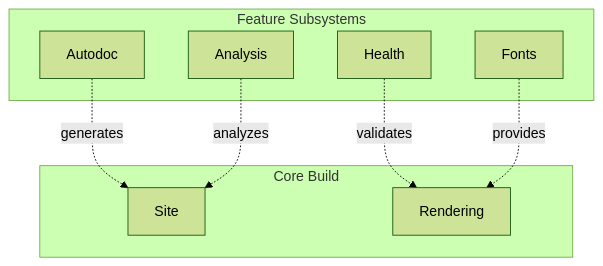
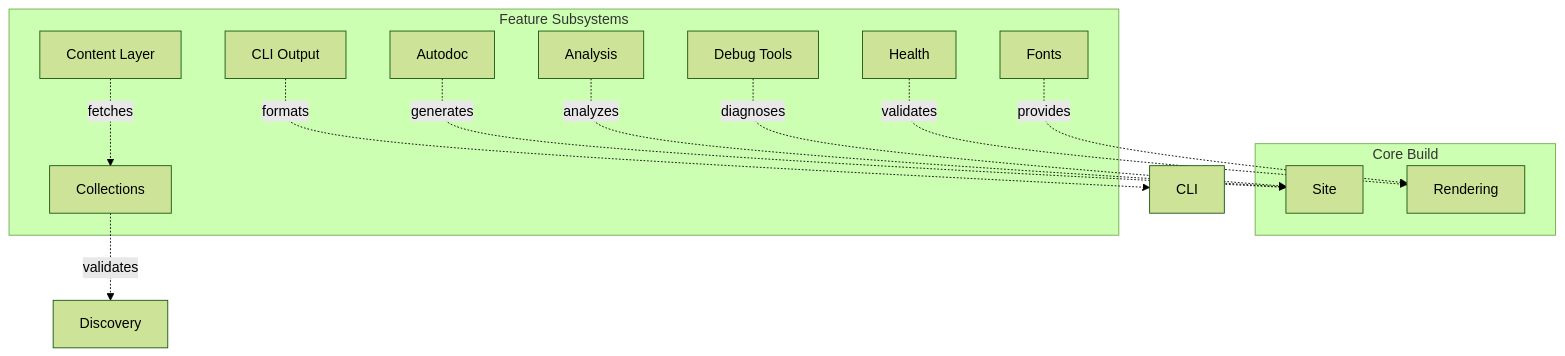
The diagram in site/content/docs/reference/architecture/subsystems/_index.md (lbliii/bengal), drawn with Mermaid (forest theme) before and after one commit. The commit also changed 8 other files, not shown here.

First line of the commit message:
docs(plan): replace URL collision RFC with comprehensive URL ownership architecture RFC

````diff
--- a/site/content/docs/reference/architecture/subsystems/_index.md
+++ b/site/content/docs/reference/architecture/subsystems/_index.md
@@ -15,19 +15,27 @@
 ```mermaid
 graph TB
     subgraph "Core Build"
         Site[Site]
         Render[Rendering]
     end
 
     subgraph "Feature Subsystems"
         Autodoc[Autodoc]
         Analysis[Analysis]
         Health[Health]
         Fonts[Fonts]
+        Collections[Collections]
+        ContentLayer[Content Layer]
+        Output[CLI Output]
+        Debug[Debug Tools]
     end
 
     Autodoc -.->|generates| Site
     Analysis -.->|analyzes| Site
     Health -.->|validates| Render
     Fonts -.->|provides| Render
+    Collections -.->|validates| Discovery
+    ContentLayer -.->|fetches| Collections
+    Output -.->|formats| CLI
+    Debug -.->|diagnoses| Site
 ```
````
